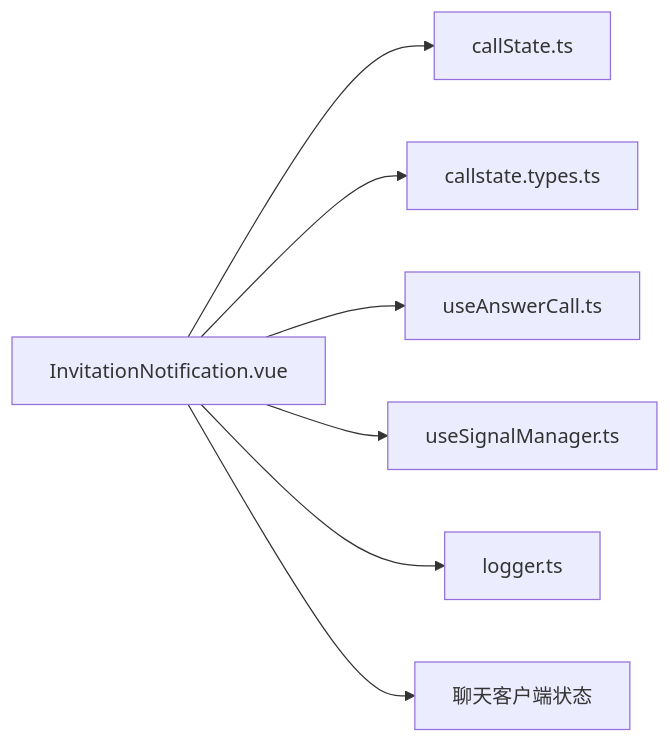
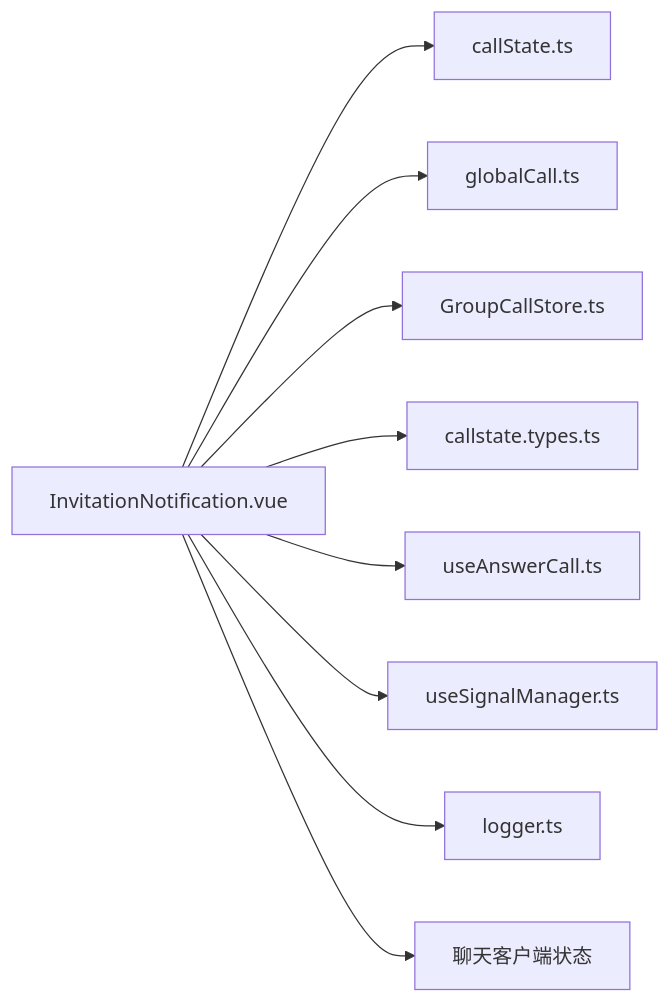
The fourth of 4 diagrams in .qoder/repowiki/zh/content/API 参考/组件 API/通知组件 API.md (Easemob-Community/easemob-uikit-callkit-vue3), drawn with Mermaid before and after one commit. The commit also changed other lines of this file and 54 other files, not shown here.

````diff
--- a/.qoder/repowiki/zh/content/API 参考/组件 API/通知组件 API.md
+++ b/.qoder/repowiki/zh/content/API 参考/组件 API/通知组件 API.md
@@ -288,9 +313,11 @@
 ```mermaid
 graph LR
 IN["InvitationNotification.vue"] --> CS["callState.ts"]
+IN --> GCS["globalCall.ts"]
+IN --> GSC["GroupCallStore.ts"]
 IN --> CT["callstate.types.ts"]
 IN --> UA["useAnswerCall.ts"]
 IN --> USM["useSignalManager.ts"]
 IN --> LG["logger.ts"]
 IN --> CC["聊天客户端状态"]
 ```
````
